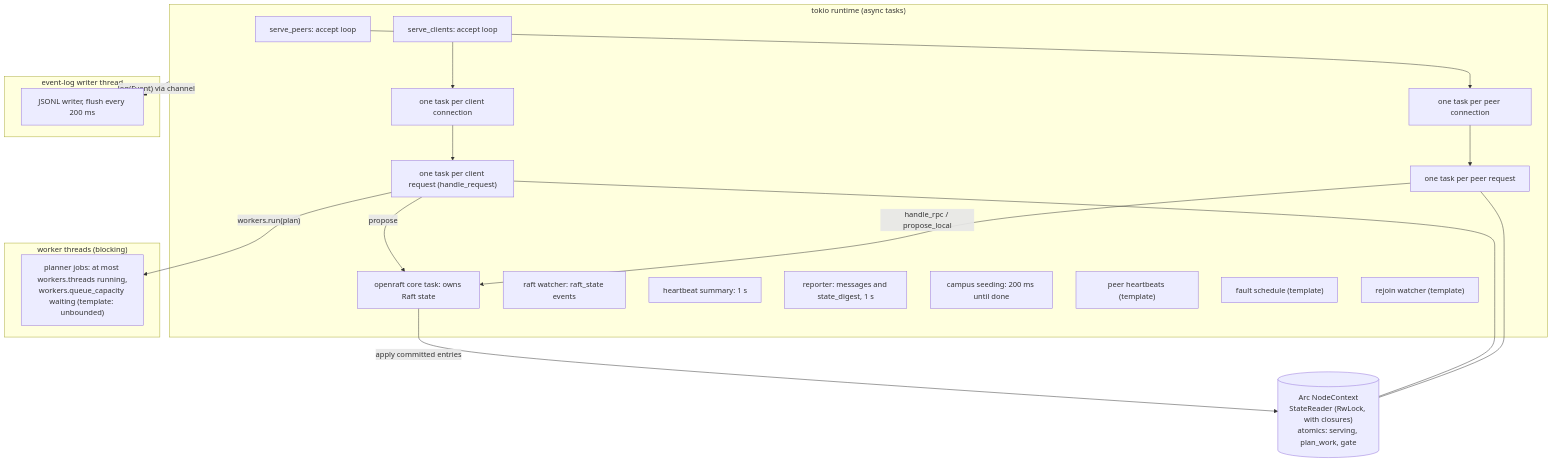
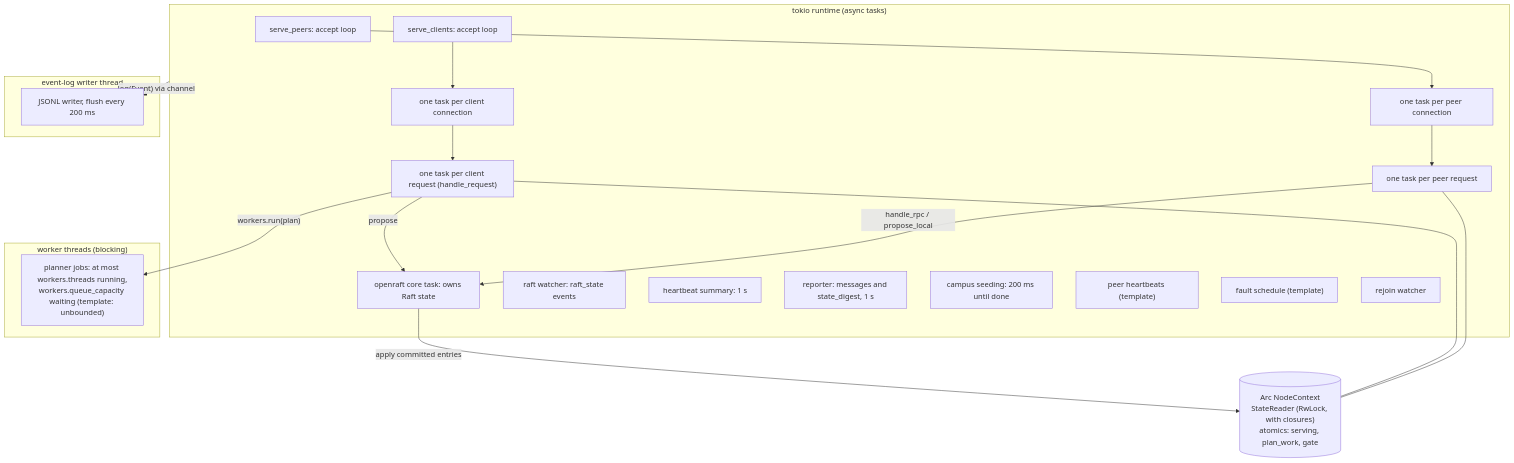
Before and after one commit to noortaytoy1/DistributedSystems: diagram 25 of 26 in docs/architecture.md, drawn with Mermaid. The commit also changed other lines of this file and 10 other files, not shown here.

````diff
--- a/docs/architecture.md
+++ b/docs/architecture.md
@@ -877,31 +890,31 @@
 ```mermaid
 flowchart TB
     subgraph RT["tokio runtime (async tasks)"]
         PS["serve_peers: accept loop"] --> PCX["one task per peer connection"]
         PCX --> PRQ["one task per peer request"]
         CSV["serve_clients: accept loop"] --> CCX["one task per client connection"]
         CCX --> CRQ["one task per client request (handle_request)"]
         ORC["openraft core task: owns Raft state"]
         RW["raft watcher: raft_state events"]
         HBS["heartbeat summary: 1 s"]
         REP["reporter: messages and state_digest, 1 s"]
         SEED["campus seeding: 200 ms until done"]
         HBT["peer heartbeats (template)"]
         FLT["fault schedule (template)"]
-        RJ["rejoin watcher (template)"]
+        RJ["rejoin watcher"]
     end
     subgraph POOL["worker threads (blocking)"]
         W["planner jobs: at most workers.threads running,<br/>workers.queue_capacity waiting (template: unbounded)"]
     end
     subgraph LOGT["event-log writer thread"]
         EL["JSONL writer, flush every 200 ms"]
     end
     CTX[("Arc NodeContext<br/>StateReader (RwLock, with closures)<br/>atomics: serving, plan_work, gate")]
     CRQ -->|"workers.run(plan)"| W
     CRQ -->|propose| ORC
     PRQ -->|"handle_rpc / propose_local"| ORC
     ORC -->|apply committed entries| CTX
     CRQ --- CTX
     PRQ --- CTX
     RT -->|"log(Event) via channel"| EL
 ```
````
